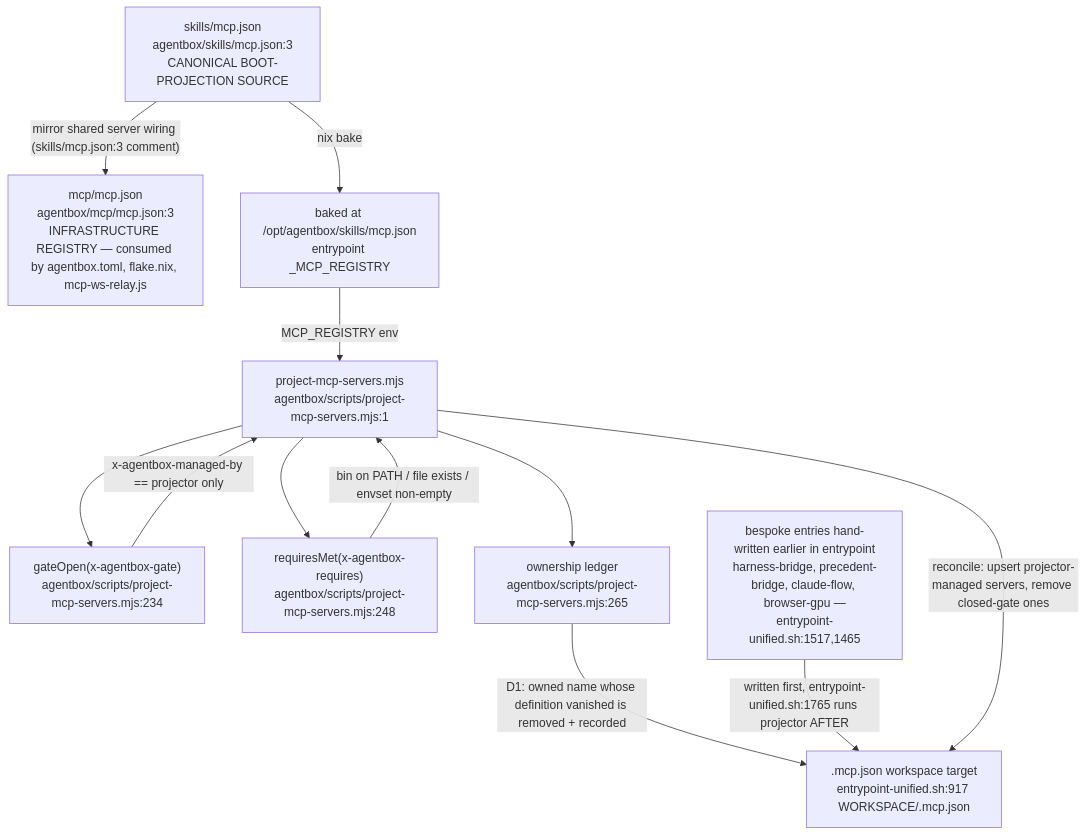
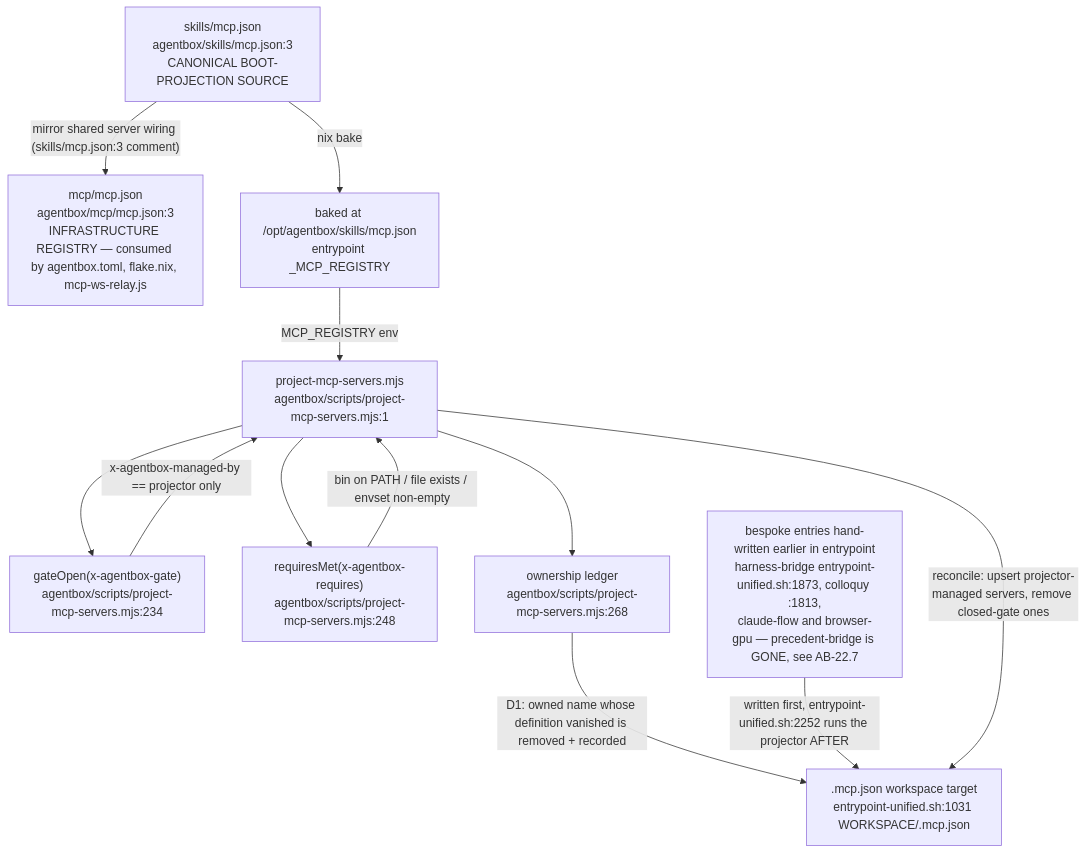
One commit to DreamLab-AI/VisionFlow changed the tenth of 14 diagrams in docs/diagrams/agentbox/22-skills-and-routing.md. Above: the diagram before and after it, drawn with Mermaid. The commit also changed other lines of this file and 28 other files, not shown here.

````diff
--- a/docs/diagrams/agentbox/22-skills-and-routing.md
+++ b/docs/diagrams/agentbox/22-skills-and-routing.md
@@ -326,24 +358,24 @@
 ```mermaid
 flowchart TB
     REG["skills/mcp.json<br/>agentbox/skills/mcp.json:3<br/>CANONICAL BOOT-PROJECTION SOURCE"]
     MIRROR["mcp/mcp.json<br/>agentbox/mcp/mcp.json:3<br/>INFRASTRUCTURE REGISTRY — consumed by agentbox.toml, flake.nix, mcp-ws-relay.js"]
     BAKE["baked at /opt/agentbox/skills/mcp.json<br/>entrypoint _MCP_REGISTRY"]
     PROJ["project-mcp-servers.mjs<br/>agentbox/scripts/project-mcp-servers.mjs:1"]
     GATE["gateOpen(x-agentbox-gate)<br/>agentbox/scripts/project-mcp-servers.mjs:234"]
     REQ["requiresMet(x-agentbox-requires)<br/>agentbox/scripts/project-mcp-servers.mjs:248"]
-    LEDGER["ownership ledger<br/>agentbox/scripts/project-mcp-servers.mjs:265"]
-    WS[".mcp.json workspace target<br/>entrypoint-unified.sh:917 WORKSPACE/.mcp.json"]
-    BESPOKE["bespoke entries hand-written earlier in entrypoint<br/>harness-bridge, precedent-bridge, claude-flow, browser-gpu —<br/>entrypoint-unified.sh:1517,1465"]
+    LEDGER["ownership ledger<br/>agentbox/scripts/project-mcp-servers.mjs:268"]
+    WS[".mcp.json workspace target<br/>entrypoint-unified.sh:1031 WORKSPACE/.mcp.json"]
+    BESPOKE["bespoke entries hand-written earlier in entrypoint<br/>harness-bridge entrypoint-unified.sh:1873, colloquy :1813,<br/>claude-flow and browser-gpu — precedent-bridge is GONE, see AB-22.7"]
 
     REG -- "mirror shared server wiring (skills/mcp.json:3 comment)" --> MIRROR
     REG -- "nix bake" --> BAKE
     BAKE -- "MCP_REGISTRY env" --> PROJ
     PROJ --> GATE
     PROJ --> REQ
     GATE -- "x-agentbox-managed-by == projector only" --> PROJ
     REQ -- "bin on PATH / file exists / envset non-empty" --> PROJ
     PROJ --> LEDGER
     LEDGER -- "D1: owned name whose definition vanished is removed + recorded" --> WS
-    BESPOKE -- "written first, entrypoint-unified.sh:1765 runs projector AFTER" --> WS
+    BESPOKE -- "written first, entrypoint-unified.sh:2252 runs the projector AFTER" --> WS
     PROJ -- "reconcile: upsert projector-managed servers, remove closed-gate ones" --> WS
 ```
````
